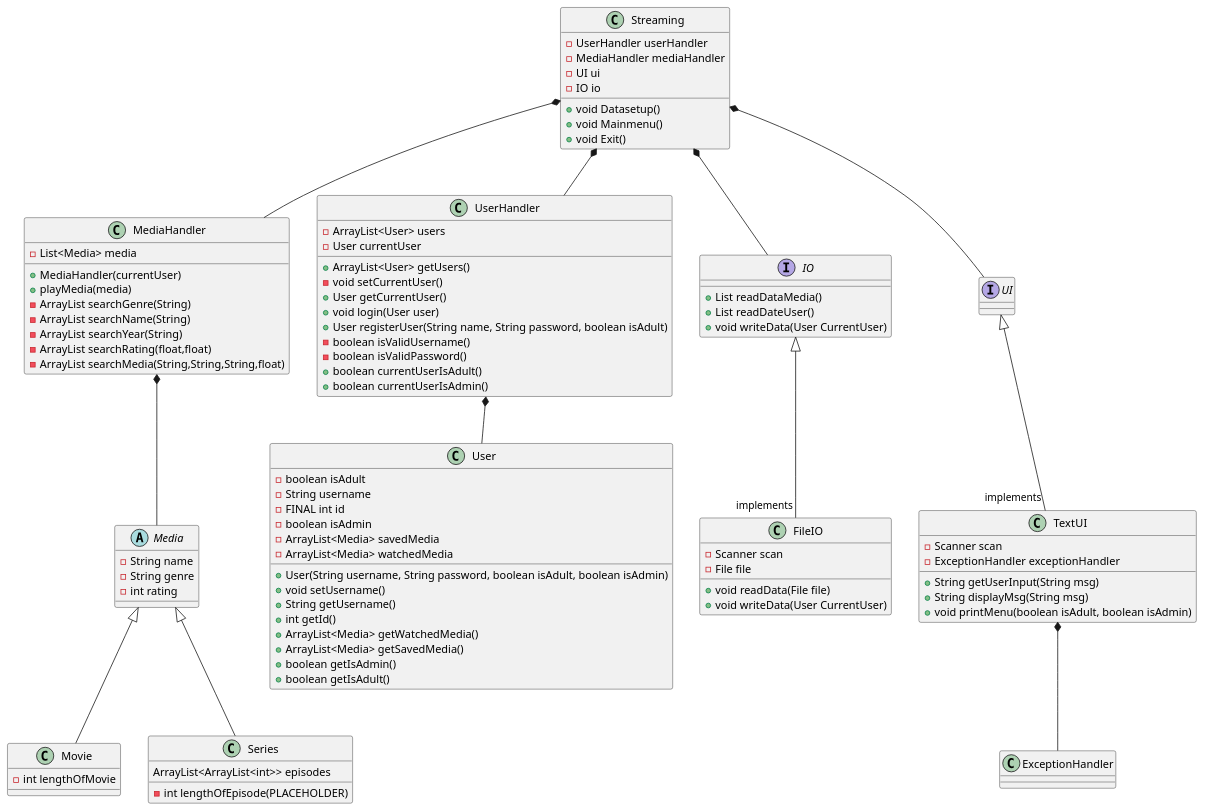
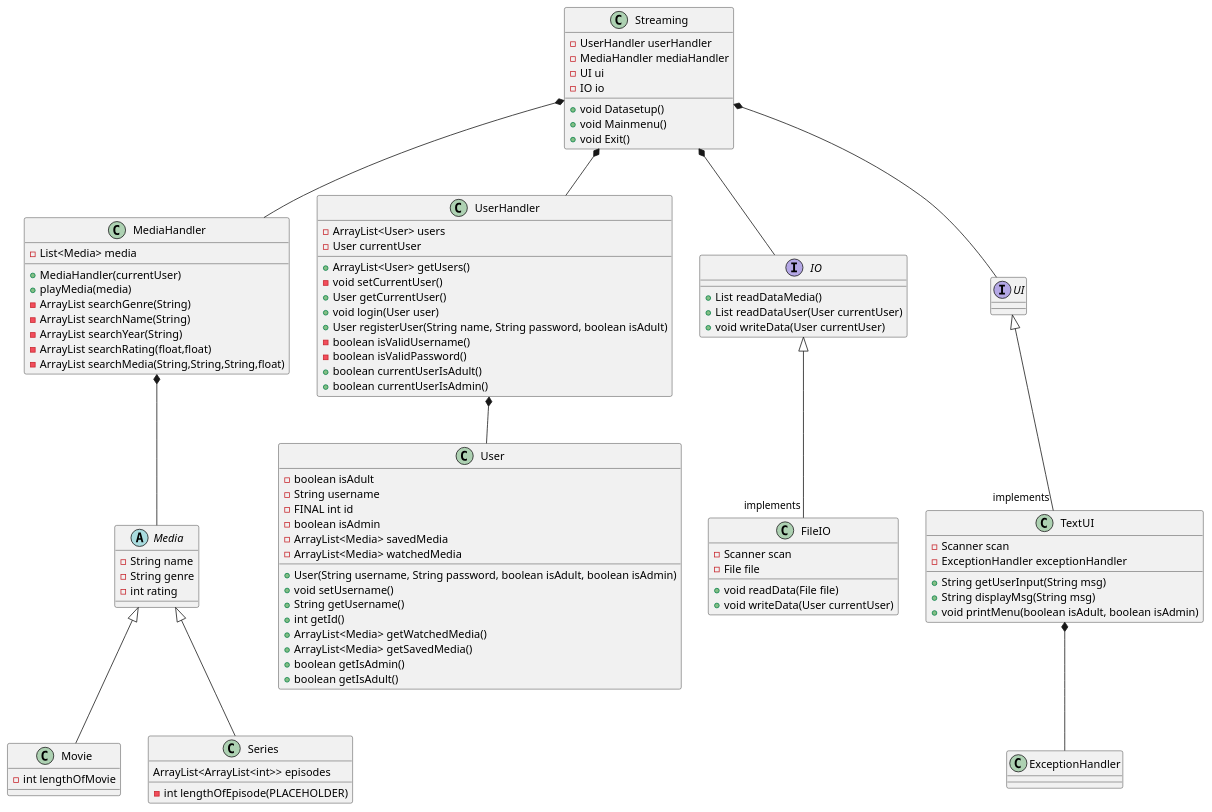
Before and after one commit to Ghostz-Games/SP3---Streamingtjeneste---Gruppe-B---2023: the diagram in SP3 - Streaming Tjeneste/Documentation/ClassDiagram.puml, drawn with PlantUML.

Commit message:
classdiagram done?

```diff
--- a/SP3 - Streaming Tjeneste/Documentation/ClassDiagram.puml
+++ b/SP3 - Streaming Tjeneste/Documentation/ClassDiagram.puml
@@ -1,105 +1,105 @@
 @startuml
 'https://plantuml.com/class-diagram
 
 class Streaming
 class MediaHandler
 abstract class Media
 class Movie
 class Series
 class UserHandler
 class FileIO
 interface IO
 interface UI
 class TextUI
 class ExceptionHandler
 class User
 
 
 
 Streaming *-- UserHandler
 UserHandler *-- User
 Streaming *-- MediaHandler
 MediaHandler *-- Media
 Media <|--  Movie
 Media <|--  Series
 
 IO <|-- "implements" FileIO
 UI <|-- "implements" TextUI
 TextUI *-- ExceptionHandler
 Streaming *-- IO
 Streaming *-- UI
 
 UserHandler : + ArrayList<User> getUsers()
 UserHandler : - void setCurrentUser()
 UserHandler : + User getCurrentUser()
 UserHandler : - ArrayList<User> users
 UserHandler : - User currentUser
 UserHandler : + void login(User user)
 UserHandler : + User registerUser(String name, String password, boolean isAdult)
 UserHandler : - boolean isValidUsername()
 UserHandler : - boolean isValidPassword()
 UserHandler : + boolean currentUserIsAdult()
 UserHandler : + boolean currentUserIsAdmin()
 
 User : - boolean isAdult
 User : - String username
 User : - FINAL int id
 User : - boolean isAdmin
 User : - ArrayList<Media> savedMedia
 User : - ArrayList<Media> watchedMedia
 User : + User(String username, String password, boolean isAdult, boolean isAdmin)
 User : + void setUsername()
 User : + String getUsername()
 User : + int getId()
 User : + ArrayList<Media> getWatchedMedia()
 User : + ArrayList<Media> getSavedMedia()
 User : + boolean getIsAdmin()
 User : + boolean getIsAdult()
 
 MediaHandler : +MediaHandler(currentUser)
 MediaHandler : - List<Media> media
 MediaHandler : + playMedia(media)
 
 Streaming : -UserHandler userHandler
 Streaming : -MediaHandler mediaHandler
 Streaming : - UI ui
 Streaming : - IO io
 Streaming : + void Datasetup()
 Streaming : + void Mainmenu()
 Streaming : + void Exit()
 
 TextUI : - Scanner scan
 TextUI : + String getUserInput(String msg)
 TextUI : + String displayMsg(String msg)
 TextUI : + void printMenu(boolean isAdult, boolean isAdmin)
 TextUI : - ExceptionHandler exceptionHandler
 
 
 IO : + List readDataMedia()
-IO : + List readDateUser()
-IO : + void writeData(User CurrentUser)
+IO : + List readDataUser(User currentUser)
+IO : + void writeData(User currentUser)
 
 FileIO : - Scanner scan
 FileIO : - File file
 FileIO : + void readData(File file)
-FileIO : + void writeData(User CurrentUser)
+FileIO : + void writeData(User currentUser)
 
 MediaHandler : - ArrayList searchGenre(String)
 MediaHandler : - ArrayList searchName(String)
 MediaHandler : - ArrayList searchYear(String)
 MediaHandler : - ArrayList searchRating(float,float)
 MediaHandler : - ArrayList searchMedia(String,String,String,float)
 
 Media : - String name
 Media : - String genre
 Media : - int rating
 
 Series : ArrayList<ArrayList<int>> episodes
 
 Movie : - int lengthOfMovie
 
 Series : - int lengthOfEpisode(PLACEHOLDER)
 
 
 
 @enduml
```
